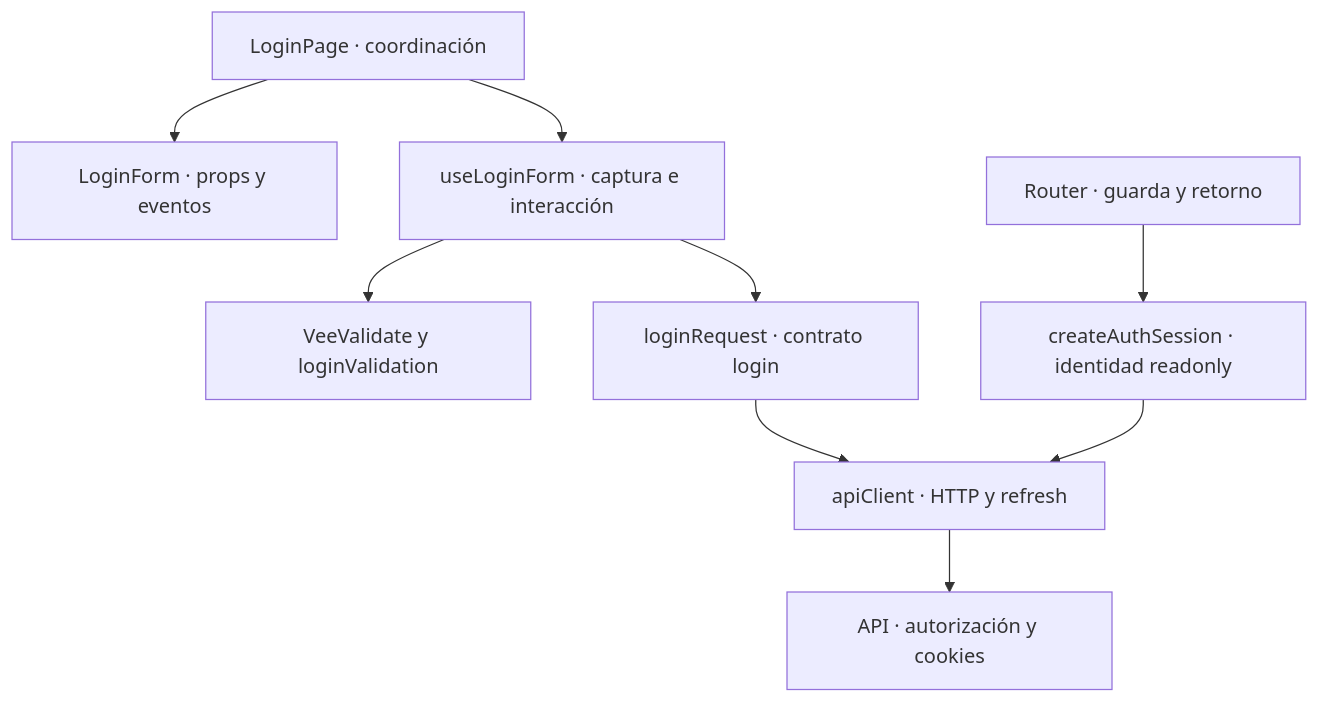
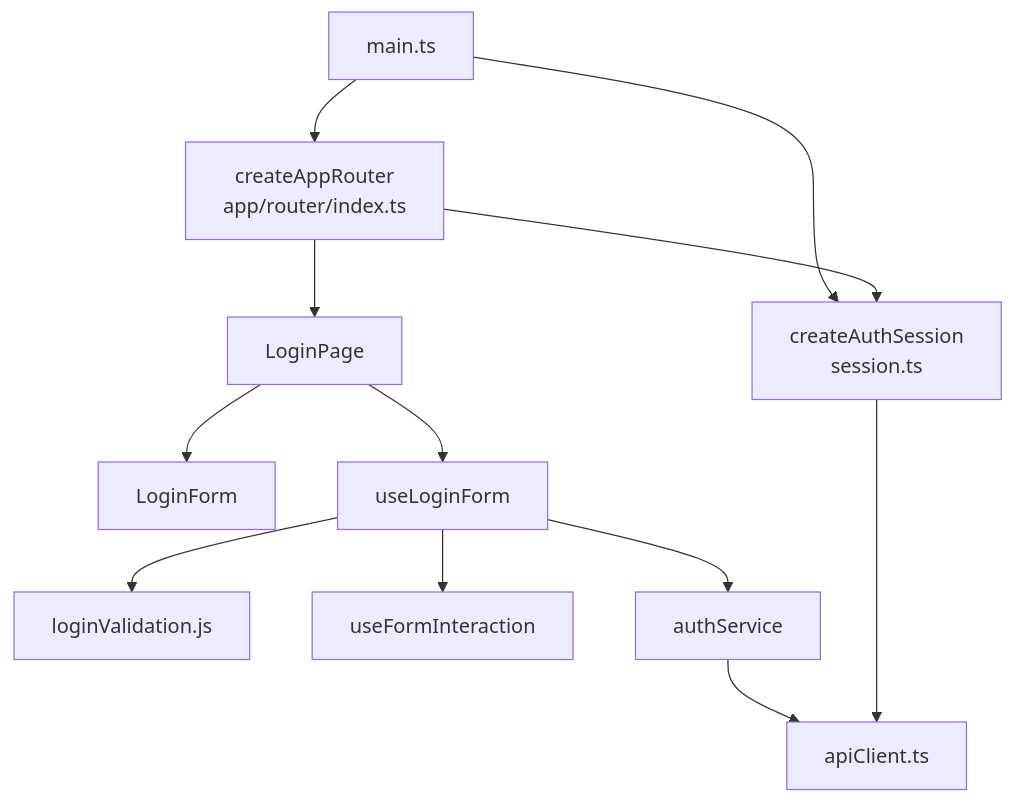
One commit to gpgsistemas01/nexus changed the diagram in front/docs/architecture/views/logical/components/01-access.md. Above: the diagram before and after it, drawn with Mermaid. The commit also changed other lines of this file and 158 other files, not shown here.

First line of the commit message:
docs: reorganizar Vue y separar el contrato API

````diff
--- a/front/docs/architecture/views/logical/components/01-access.md
+++ b/front/docs/architecture/views/logical/components/01-access.md
@@ -9,11 +7,24 @@
 ```mermaid
 flowchart TB
-    page["LoginPage · coordinación"] --> form["LoginForm · props y eventos"]
-    page --> login["useLoginForm · captura e interacción"]
-    login --> rules["VeeValidate y loginValidation"]
-    login --> service["loginRequest · contrato login"]
-    service --> http["apiClient · HTTP y refresh"]
-    router["Router · guarda y retorno"] --> session["createAuthSession · identidad readonly"]
+    main["main.ts"]
+    router["createAppRouter<br/>app/router/index.ts"]
+    session["createAuthSession<br/>session.ts"]
+    page["LoginPage"]
+    form["LoginForm"]
+    login["useLoginForm"]
+    validation["loginValidation.js"]
+    interaction["useFormInteraction"]
+    service["authService"]
+    http["apiClient.ts"]
+    main --> router
+    main --> session
+    router --> session
+    router --> page
+    page --> form
+    page --> login
+    login --> validation
+    login --> interaction
+    login --> service
+    service --> http
     session --> http
-    http --> api["API · autorización y cookies"]
 ```
````
